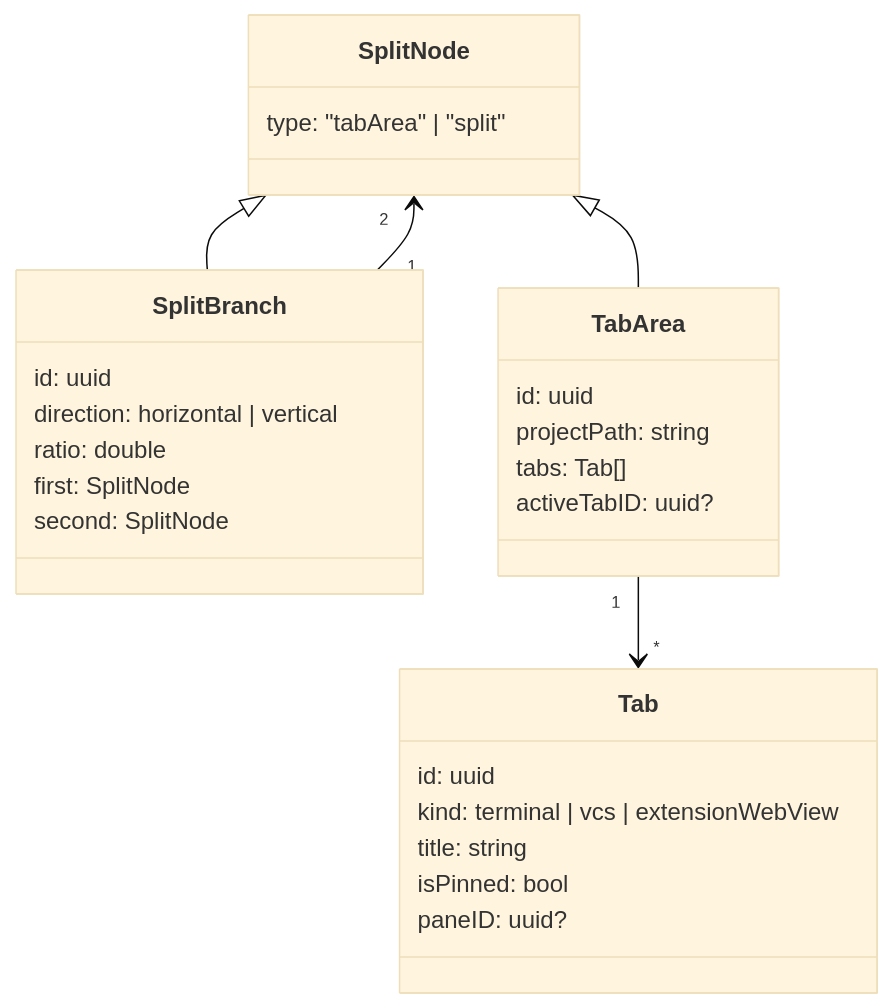
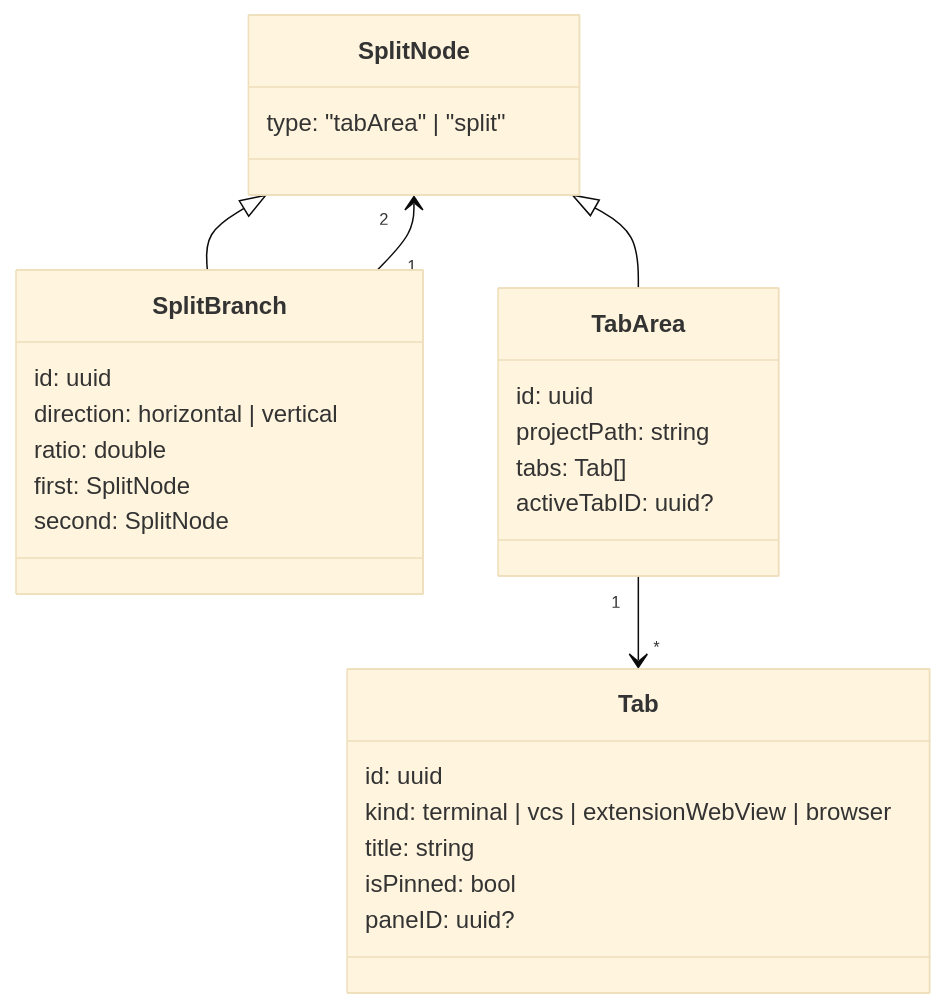
Before and after one commit to muxy-app/muxy: the diagram in docs/remote-server/data-objects.md, drawn with Mermaid (base theme). The commit also changed other lines of this file and 5 other files, not shown here.

````diff
--- a/docs/remote-server/data-objects.md
+++ b/docs/remote-server/data-objects.md
@@ -76,30 +76,30 @@
 ```mermaid
 classDiagram
   class SplitNode {
     type: "tabArea" | "split"
   }
   class SplitBranch {
     id: uuid
     direction: horizontal | vertical
     ratio: double
     first: SplitNode
     second: SplitNode
   }
   class TabArea {
     id: uuid
     projectPath: string
     tabs: Tab[]
     activeTabID: uuid?
   }
   class Tab {
     id: uuid
-    kind: terminal | vcs | extensionWebView
+    kind: terminal | vcs | extensionWebView | browser
     title: string
     isPinned: bool
     paneID: uuid?
   }
   SplitNode <|-- TabArea
   SplitNode <|-- SplitBranch
   TabArea "1" --> "*" Tab
   SplitBranch "1" --> "2" SplitNode
 ```
````
